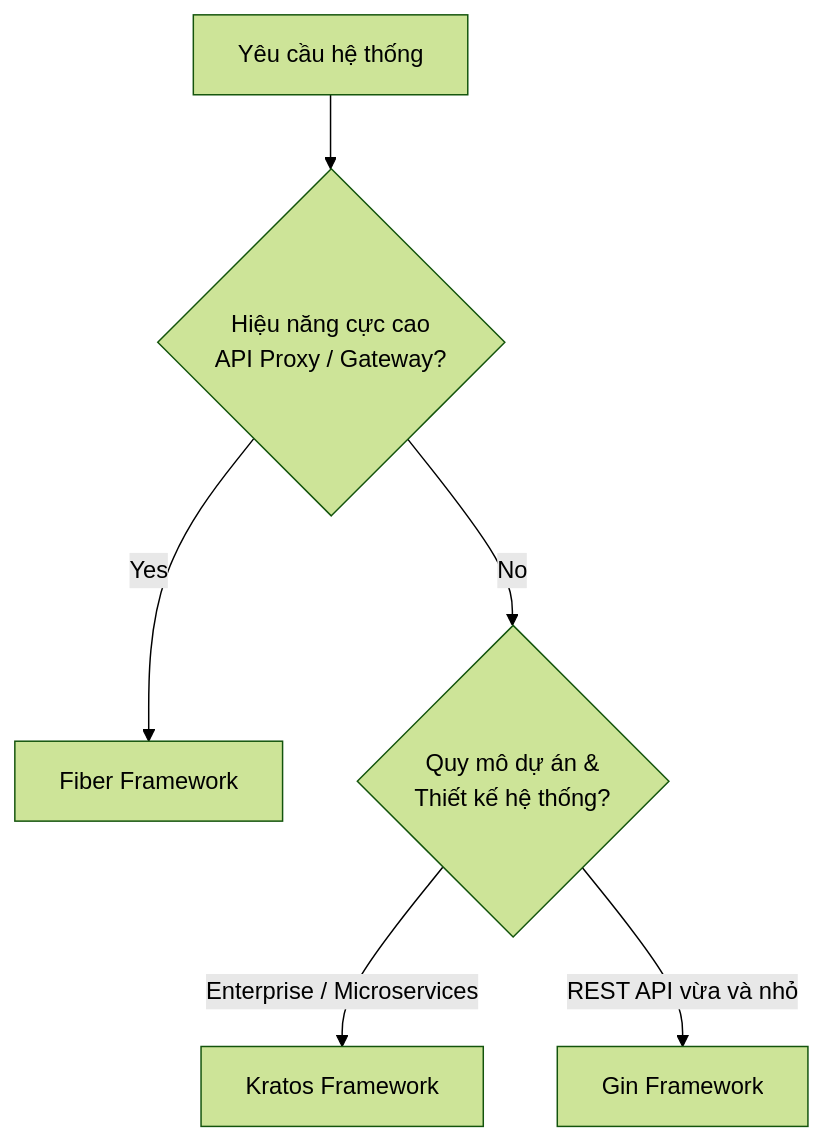
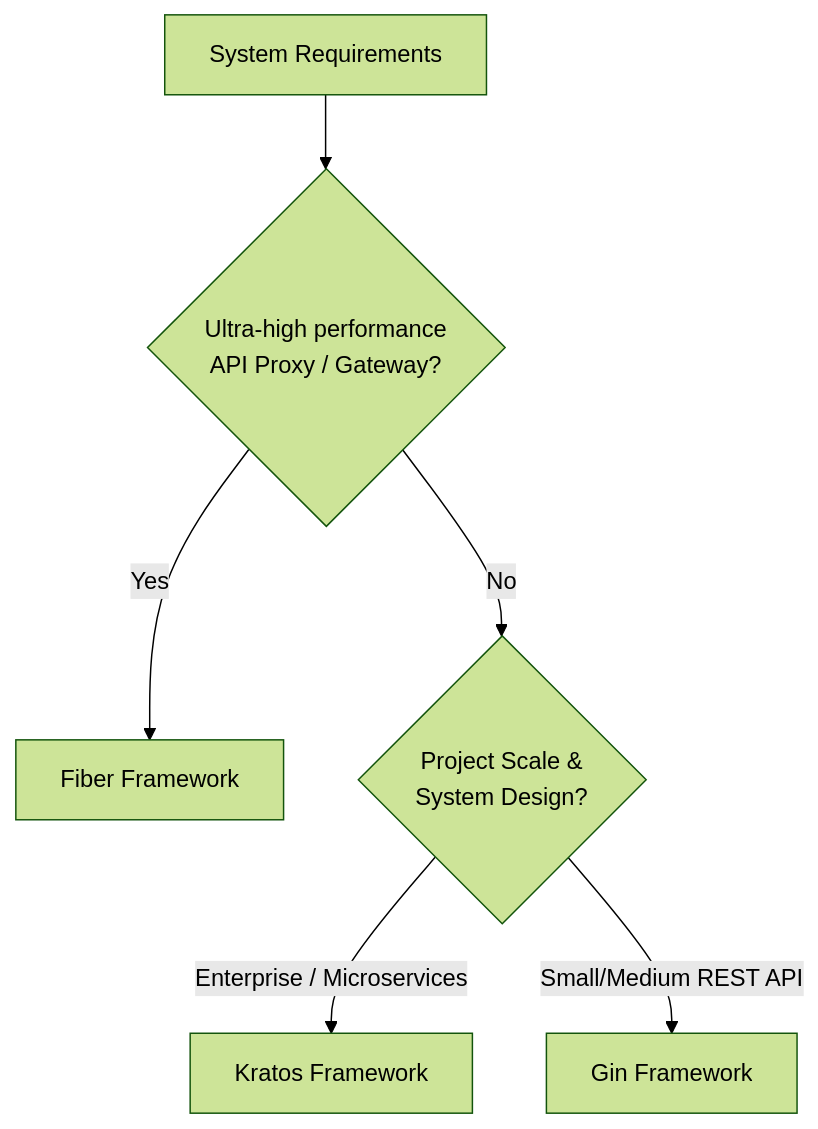
One commit to vesviet/vesviet changed the diagram in content/posts/high-throughput-go-framework-benchmarks-gin-fiber-kratos.md. Above: the diagram before and after it, drawn with Mermaid (forest theme). The commit also changed other lines of this file and 4 other files, not shown here.

````diff
--- a/content/posts/high-throughput-go-framework-benchmarks-gin-fiber-kratos.md
+++ b/content/posts/high-throughput-go-framework-benchmarks-gin-fiber-kratos.md
@@ -325,8 +328,8 @@
 ```mermaid
 graph TD
-    Start[Yêu cầu hệ thống] --> Performance{Hiệu năng cực cao <br> API Proxy / Gateway?}
+    Start[System Requirements] --> Performance{Ultra-high performance <br> API Proxy / Gateway?}
     Performance -- Yes --> Fiber[Fiber Framework]
-    Performance -- No --> Scale{Quy mô dự án & <br> Thiết kế hệ thống?}
+    Performance -- No --> Scale{Project Scale & <br> System Design?}
     Scale -- Enterprise / Microservices --> Kratos[Kratos Framework]
-    Scale -- REST API vừa và nhỏ --> Gin[Gin Framework]
+    Scale -- Small/Medium REST API --> Gin[Gin Framework]
 ```
````
